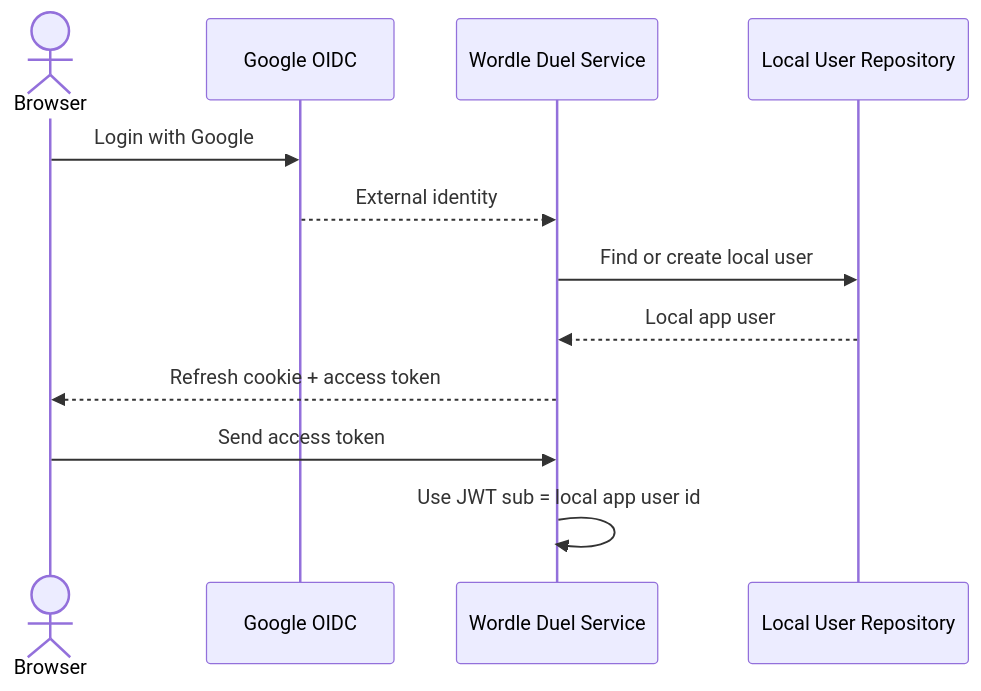
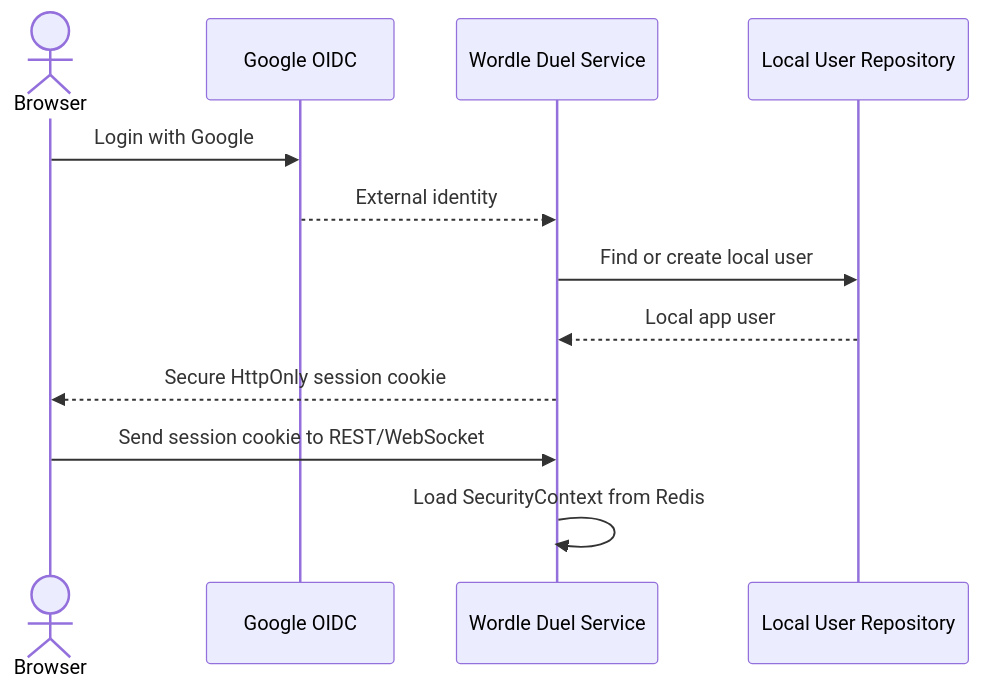
Before and after one commit to dario-mr/wordle-duel-service: the diagram in docs/auth-flow-sequence.md, drawn with Mermaid. The commit also changed other lines of this file and 73 other files, not shown here.

First line of the commit message:
refactor(auth): replace JWT refresh flow with Redis-backed sessions

````diff
--- a/docs/auth-flow-sequence.md
+++ b/docs/auth-flow-sequence.md
@@ -9,14 +9,14 @@
 ```mermaid
 sequenceDiagram
     actor Browser
     participant Google as Google OIDC
     participant Service as Wordle Duel Service
     participant UserRepo as Local User Repository
     Browser ->> Google: Login with Google
     Google -->> Service: External identity
     Service ->> UserRepo: Find or create local user
     UserRepo -->> Service: Local app user
-    Service -->> Browser: Refresh cookie + access token
-    Browser ->> Service: Send access token
-    Service ->> Service: Use JWT sub = local app user id
+    Service -->> Browser: Secure HttpOnly session cookie
+    Browser ->> Service: Send session cookie to REST/WebSocket
+    Service ->> Service: Load SecurityContext from Redis
 ```
````
